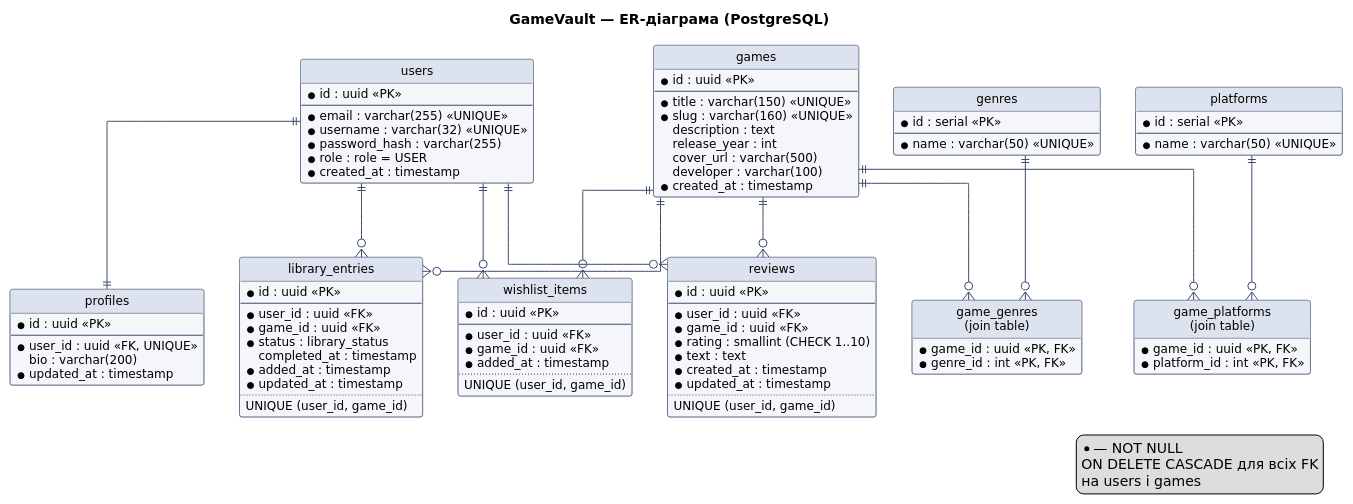
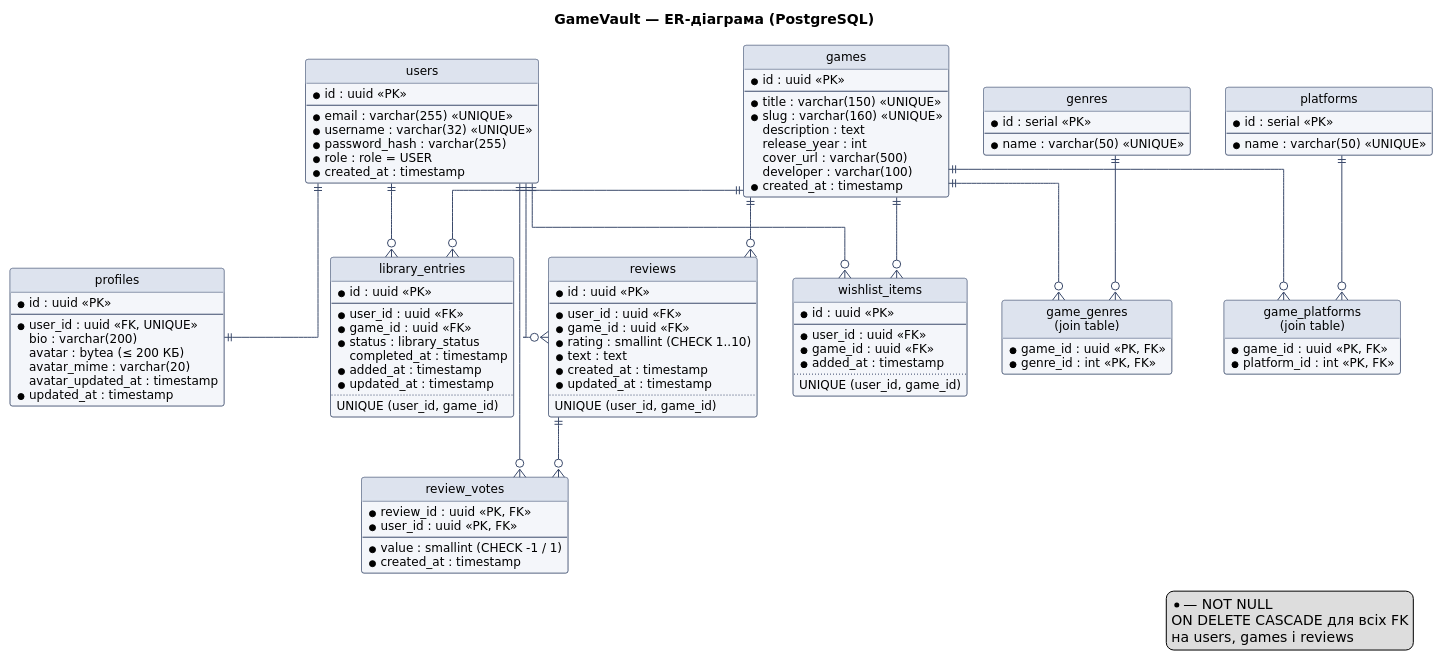
One commit to PavloPopovV/GameVault changed the diagram in docs/diagrams/er-diagram.puml. Above: the diagram before and after it, drawn with PlantUML. The commit also changed 9 other files, not shown here.

First line of the commit message:
docs(diagrams): Use Case, Class і ER синхронізовано з реалізацією (#30)

```diff
--- a/docs/diagrams/er-diagram.puml
+++ b/docs/diagrams/er-diagram.puml
@@ -1,112 +1,124 @@
 @startuml
 skinparam defaultFontName "DejaVu Sans"
 skinparam defaultFontSize 12
 skinparam shadowing false
 skinparam linetype ortho
 skinparam class {
   BackgroundColor #F4F6FA
   BorderColor #3B4A6B
   ArrowColor #3B4A6B
   HeaderBackgroundColor #DDE3EE
 }
 hide circle
 hide methods
 title GameVault — ER-діаграма (PostgreSQL)
 
 entity "users" as users {
   * id : uuid <<PK>>
   --
   * email : varchar(255) <<UNIQUE>>
   * username : varchar(32) <<UNIQUE>>
   * password_hash : varchar(255)
   * role : role = USER
   * created_at : timestamp
 }
 entity "profiles" as profiles {
   * id : uuid <<PK>>
   --
   * user_id : uuid <<FK, UNIQUE>>
   bio : varchar(200)
+  avatar : bytea (≤ 200 КБ)
+  avatar_mime : varchar(20)
+  avatar_updated_at : timestamp
   * updated_at : timestamp
 }
 entity "games" as games {
   * id : uuid <<PK>>
   --
   * title : varchar(150) <<UNIQUE>>
   * slug : varchar(160) <<UNIQUE>>
   description : text
   release_year : int
   cover_url : varchar(500)
   developer : varchar(100)
   * created_at : timestamp
 }
 entity "genres" as genres {
   * id : serial <<PK>>
   --
   * name : varchar(50) <<UNIQUE>>
 }
 entity "platforms" as platforms {
   * id : serial <<PK>>
   --
   * name : varchar(50) <<UNIQUE>>
 }
 entity "game_genres\n(join table)" as gg {
   * game_id : uuid <<PK, FK>>
   * genre_id : int <<PK, FK>>
 }
 entity "game_platforms\n(join table)" as gp {
   * game_id : uuid <<PK, FK>>
   * platform_id : int <<PK, FK>>
 }
 entity "library_entries" as le {
   * id : uuid <<PK>>
   --
   * user_id : uuid <<FK>>
   * game_id : uuid <<FK>>
   * status : library_status
   completed_at : timestamp
   * added_at : timestamp
   * updated_at : timestamp
   ..
   UNIQUE (user_id, game_id)
 }
 entity "wishlist_items" as wi {
   * id : uuid <<PK>>
   --
   * user_id : uuid <<FK>>
   * game_id : uuid <<FK>>
   * added_at : timestamp
   ..
   UNIQUE (user_id, game_id)
 }
 entity "reviews" as rv {
   * id : uuid <<PK>>
   --
   * user_id : uuid <<FK>>
   * game_id : uuid <<FK>>
   * rating : smallint (CHECK 1..10)
   * text : text
   * created_at : timestamp
   * updated_at : timestamp
   ..
   UNIQUE (user_id, game_id)
 }
+entity "review_votes" as vt {
+  * review_id : uuid <<PK, FK>>
+  * user_id : uuid <<PK, FK>>
+  --
+  * value : smallint (CHECK -1 / 1)
+  * created_at : timestamp
+}
 
 users ||--|| profiles
 users ||--o{ le
 users ||--o{ wi
 users ||--o{ rv
 games ||--o{ le
 games ||--o{ wi
 games ||--o{ rv
 games ||--o{ gg
 genres ||--o{ gg
 games ||--o{ gp
 platforms ||--o{ gp
+rv ||--o{ vt
+users ||--o{ vt
 
 legend right
   * — NOT NULL
   ON DELETE CASCADE для всіх FK
-  на users і games
+  на users, games і reviews
 endlegend
 @enduml
```
